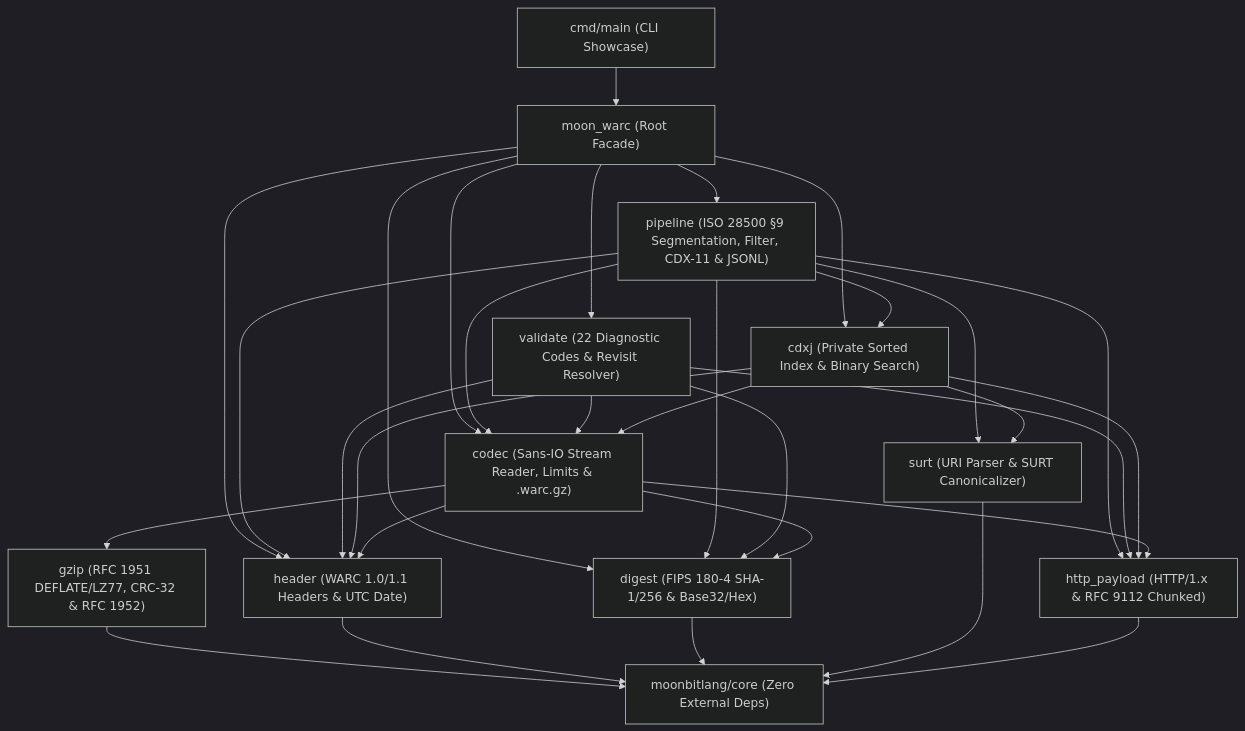
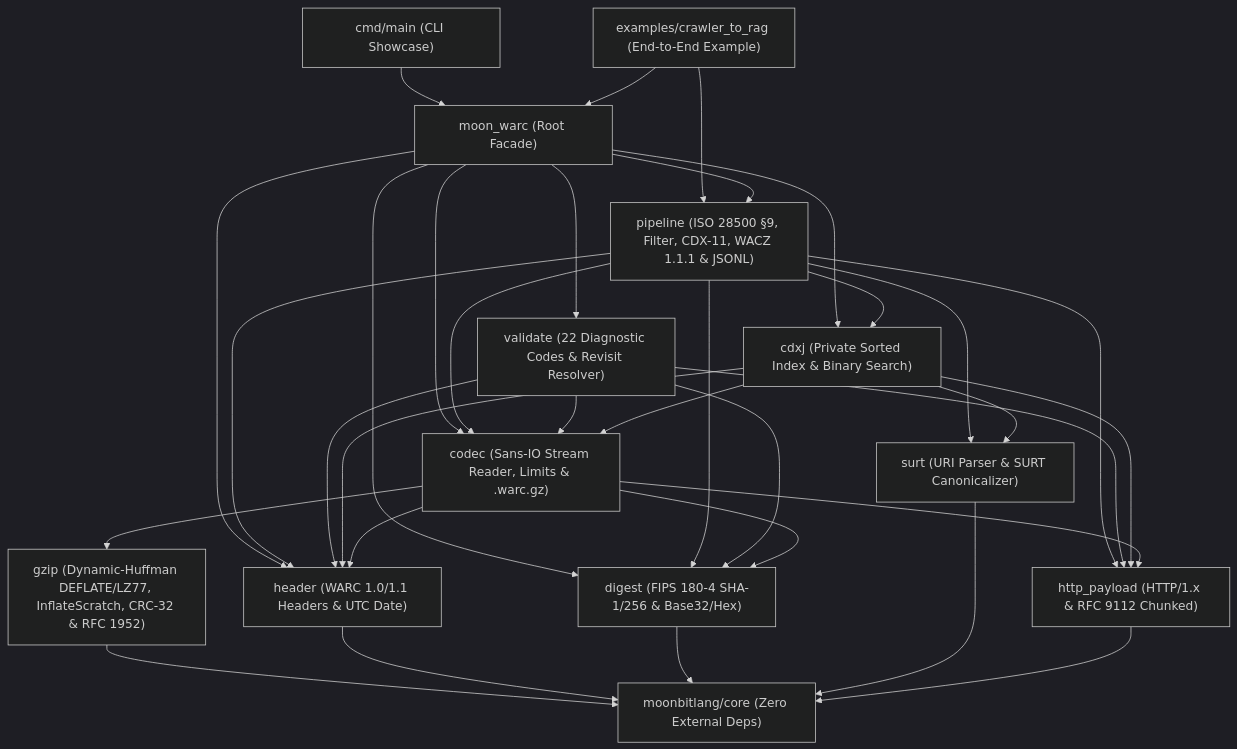
One commit to XinOrigin/moon-warc changed the first of 3 diagrams in docs/ARCHITECTURE.md. Above: the diagram before and after it, drawn with Mermaid (dark theme). The commit also changed other lines of this file and 32 other files, not shown here.

Commit message:
feat: release v0.5.0 with zero-alloc Dynamic Huffman, WACZ 1.1.1, moon bench, and crawler_to_rag

````diff
--- a/docs/ARCHITECTURE.md
+++ b/docs/ARCHITECTURE.md
@@ -9,38 +9,40 @@
 ```mermaid
 flowchart TD
   CMD["cmd/main (CLI Showcase)"] --> ROOT["moon_warc (Root Facade)"]
+  EX["examples/crawler_to_rag (End-to-End Example)"] --> ROOT
+  EX --> PIPE
   ROOT --> CODEC["codec (Sans-IO Stream Reader, Limits & .warc.gz)"]
   ROOT --> CDXJ["cdxj (Private Sorted Index & Binary Search)"]
   ROOT --> VAL["validate (22 Diagnostic Codes & Revisit Resolver)"]
-  ROOT --> PIPE["pipeline (ISO 28500 §9 Segmentation, Filter, CDX-11 & JSONL)"]
+  ROOT --> PIPE["pipeline (ISO 28500 §9, Filter, CDX-11, WACZ 1.1.1 & JSONL)"]
   ROOT --> HDR["header (WARC 1.0/1.1 Headers & UTC Date)"]
   ROOT --> DIG["digest (FIPS 180-4 SHA-1/256 & Base32/Hex)"]
 
   PIPE --> CODEC
   PIPE --> HDR
   PIPE --> DIG
   PIPE --> HTTP["http_payload (HTTP/1.x & RFC 9112 Chunked)"]
   PIPE --> SURT["surt (URI Parser & SURT Canonicalizer)"]
   PIPE --> CDXJ
 
   VAL --> CODEC
   VAL --> HDR
   VAL --> DIG
   VAL --> HTTP
 
   CDXJ --> CODEC
   CDXJ --> HDR
   CDXJ --> SURT
   CDXJ --> HTTP
 
   CODEC --> HDR
   CODEC --> DIG
   CODEC --> HTTP
-  CODEC --> GZIP["gzip (RFC 1951 DEFLATE/LZ77, CRC-32 & RFC 1952)"]
+  CODEC --> GZIP["gzip (Dynamic-Huffman DEFLATE/LZ77, InflateScratch, CRC-32 & RFC 1952)"]
 
   GZIP --> CORE["moonbitlang/core (Zero External Deps)"]
   HDR --> CORE
   DIG --> CORE
   SURT --> CORE
   HTTP --> CORE
 ```
````
